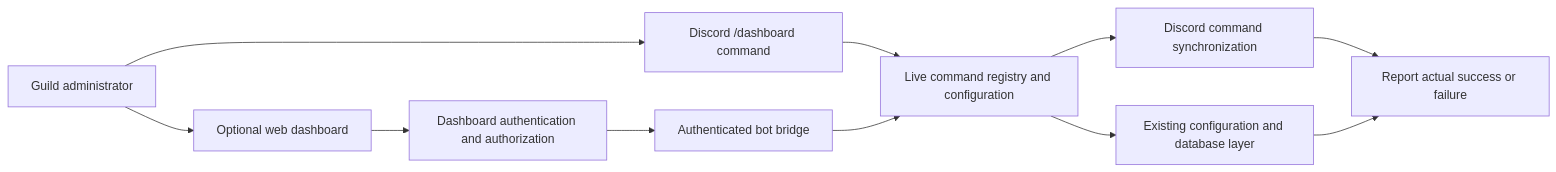
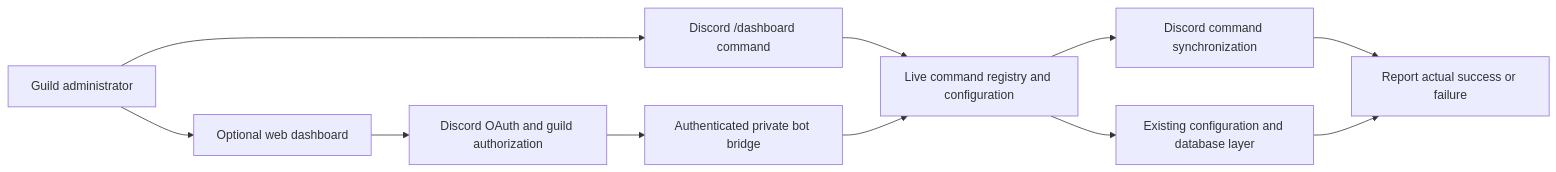
The fifth of 9 diagrams in README.md (Kyerstorm/Lemegeton), drawn with Mermaid before and after one commit. The commit also changed other lines of this file, not shown here.

Commit message:
Repair README architecture and Mermaid diagrams

````diff
--- a/README.md
+++ b/README.md
@@ -196,13 +176,13 @@
-~~~mermaid
+```mermaid
 flowchart LR
-    ADMIN["Guild administrator"] --> DC["Discord /dashboard command"]
-    ADMIN --> WEB["Optional web dashboard"]
-    DC --> REGISTRY["Live command registry and configuration"]
-    WEB --> AUTH["Dashboard authentication and authorization"]
-    AUTH --> BRIDGE["Authenticated bot bridge"]
-    BRIDGE --> REGISTRY
-    REGISTRY --> SYNC["Discord command synchronization"]
-    REGISTRY --> CONFIG["Existing configuration and database layer"]
-    SYNC --> RESULT["Report actual success or failure"]
-    CONFIG --> RESULT
-~~~
+    Admin["Guild administrator"] --> Web["Optional web dashboard"]
+    Admin --> DiscordCommand["Discord /dashboard command"]
+    Web --> Auth["Discord OAuth and guild authorization"]
+    Auth --> Bridge["Authenticated private bot bridge"]
+    DiscordCommand --> Registry["Live command registry and configuration"]
+    Bridge --> Registry
+    Registry --> Sync["Discord command synchronization"]
+    Registry --> Config["Existing configuration and database layer"]
+    Sync --> Outcome["Report actual success or failure"]
+    Config --> Outcome
+```
````
